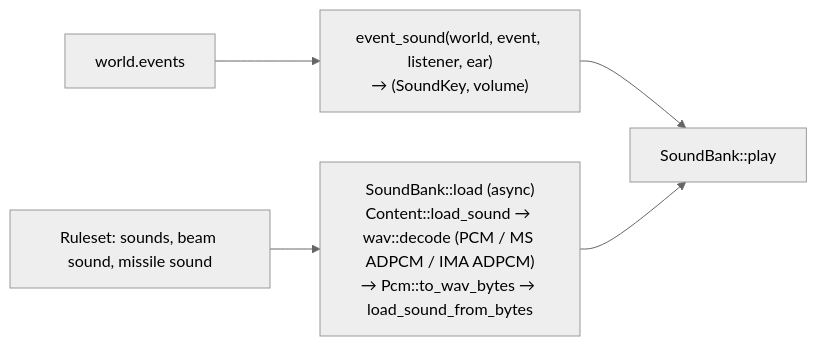
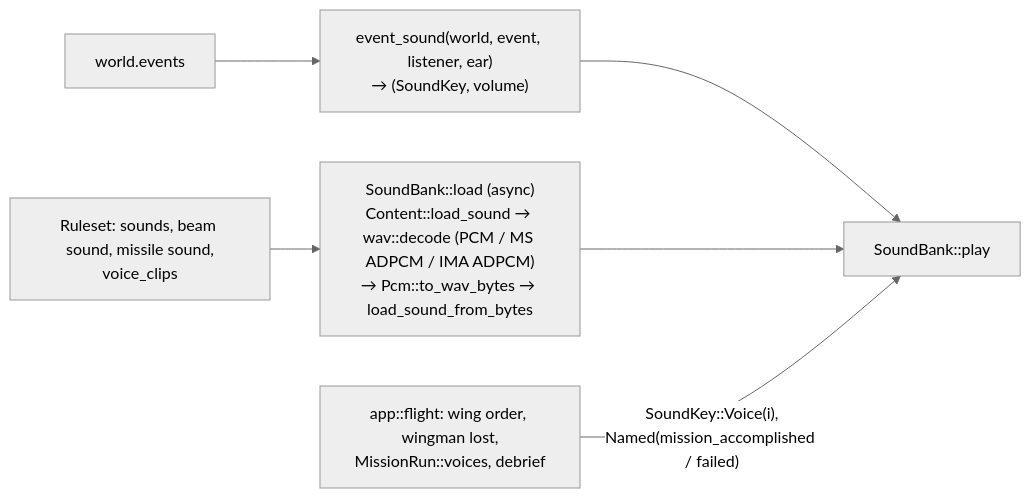
Before and after one commit to bbogovich/OpenInterceptor: the diagram in docs/implementation/architecture/audio.md, drawn with Mermaid (neutral theme). The commit also changed other lines of this file and 32 other files, not shown here.

First line of the commit message:
Spec 1.12.0, site 0.18.0: radio voices, simulator, default missions (app 0.6.2-0.6.4); Tier 2 scripting evaluation awaiting the user

````diff
--- a/docs/implementation/architecture/audio.md
+++ b/docs/implementation/architecture/audio.md
@@ -8,7 +8,8 @@
 ```mermaid
 flowchart LR
-    R["Ruleset: sounds, beam sound, missile sound"] --> L["SoundBank::load (async)<br/>Content::load_sound → wav::decode (PCM / MS ADPCM / IMA ADPCM)<br/>→ Pcm::to_wav_bytes → load_sound_from_bytes"]
+    R["Ruleset: sounds, beam sound, missile sound,<br/>voice_clips"] --> L["SoundBank::load (async)<br/>Content::load_sound → wav::decode (PCM / MS ADPCM / IMA ADPCM)<br/>→ Pcm::to_wav_bytes → load_sound_from_bytes"]
     EV["world.events"] --> ES["event_sound(world, event, listener, ear)<br/>→ (SoundKey, volume)"]
     ES --> P["SoundBank::play"]
     L --> P
+    FS["app::flight: wing order, wingman lost,<br/>MissionRun::voices, debrief"] -->|"SoundKey::Voice(i),<br/>Named(mission_accomplished / failed)"| P
 ```
````
